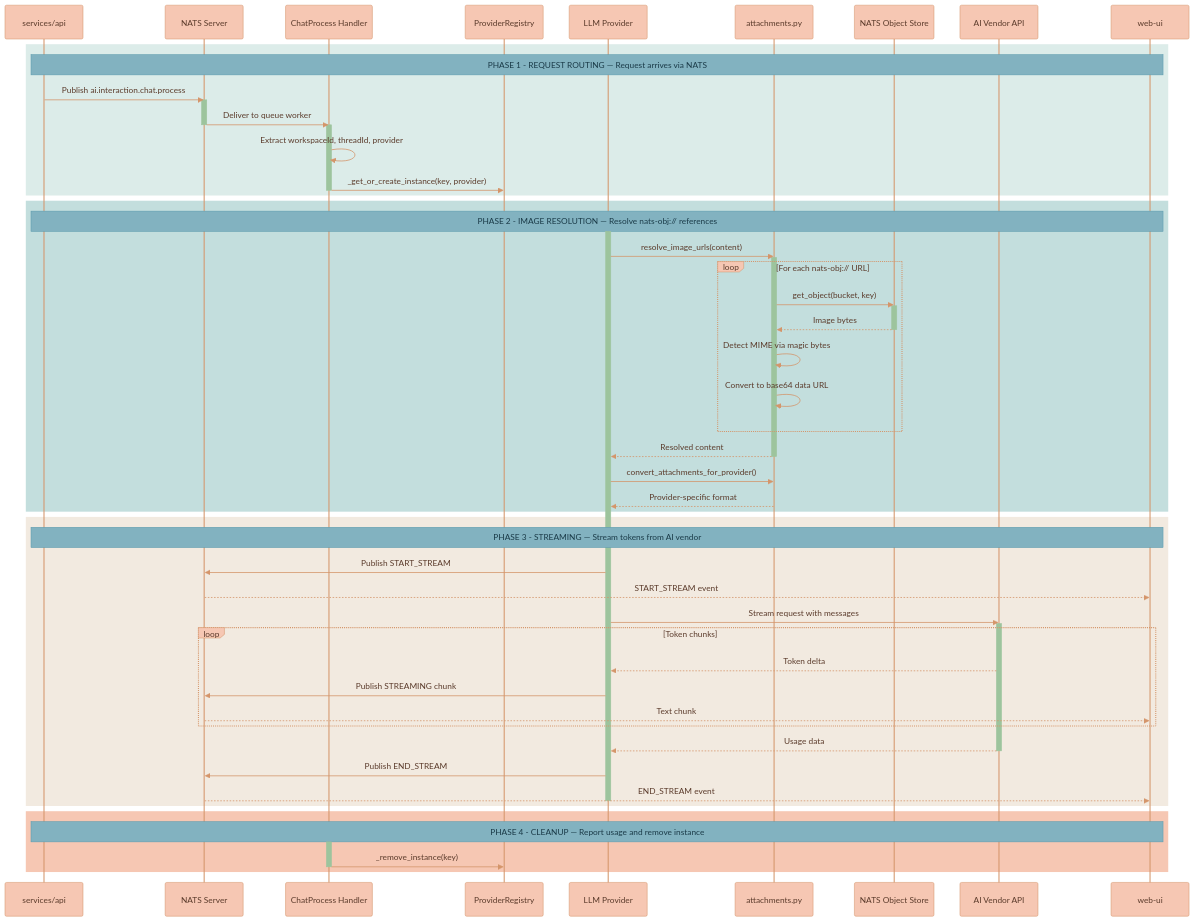
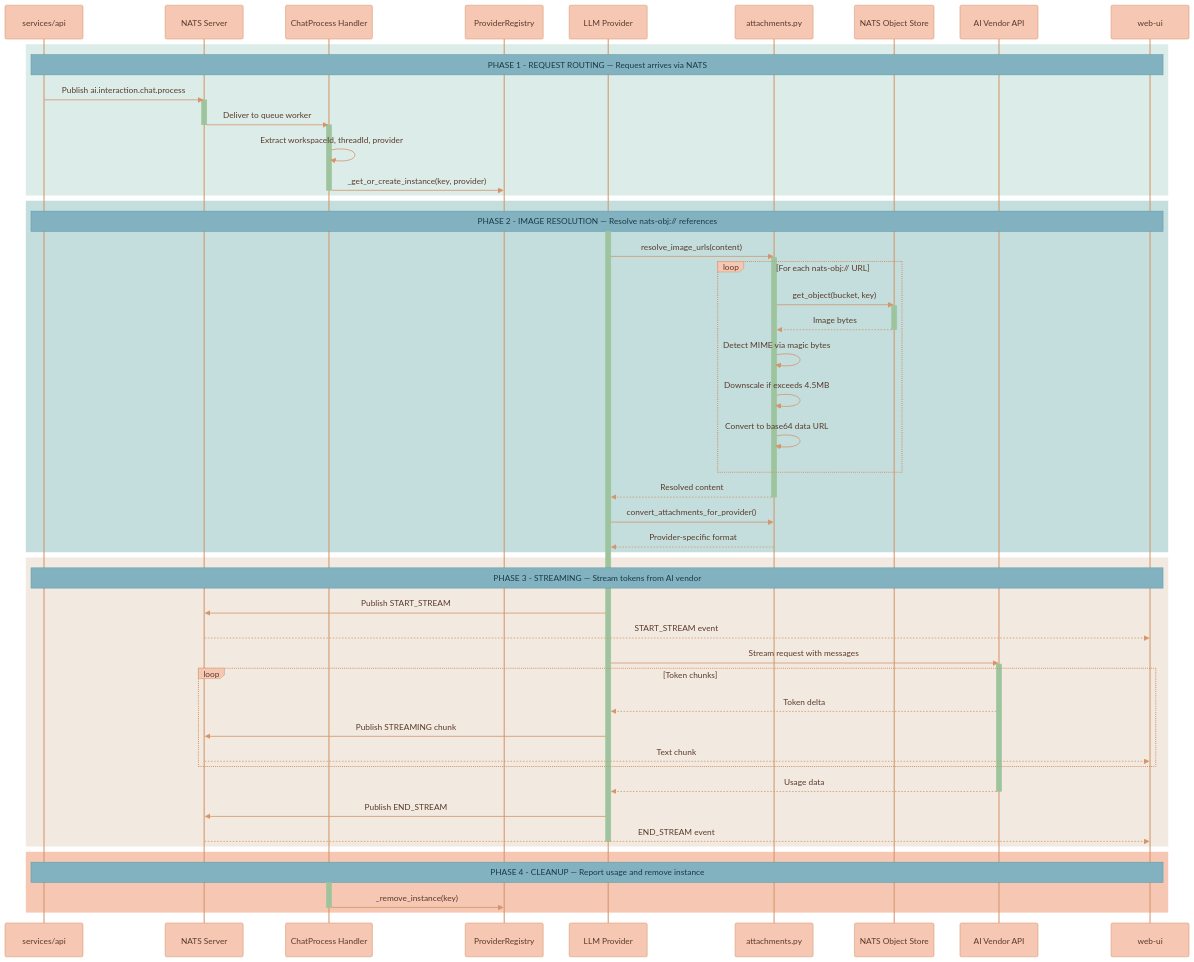
The second of 4 diagrams in services/llm-api/README.md (Lixpi/lixpi), drawn with Mermaid before and after one commit. The commit also changed other lines of this file and 11 other files, not shown here.

````diff
--- a/services/llm-api/README.md
+++ b/services/llm-api/README.md
@@ -87,81 +87,82 @@
 ```mermaid
 %%{init: {'theme': 'base', 'themeVariables': { 'noteBkgColor': '#82B2C0', 'noteTextColor': '#1a3a47', 'noteBorderColor': '#5a9aad', 'actorBkg': '#F6C7B3', 'actorBorder': '#d4956a', 'actorTextColor': '#5a3a2a', 'actorLineColor': '#d4956a', 'signalColor': '#d4956a', 'signalTextColor': '#5a3a2a', 'labelBoxBkgColor': '#F6C7B3', 'labelBoxBorderColor': '#d4956a', 'labelTextColor': '#5a3a2a', 'loopTextColor': '#5a3a2a', 'activationBorderColor': '#9DC49D', 'activationBkgColor': '#9DC49D', 'sequenceNumberColor': '#5a3a2a'}}}%%
 sequenceDiagram
     participant API as services/api
     participant NATS as NATS Server
     participant Handler as ChatProcess Handler
     participant Registry as ProviderRegistry
     participant Provider as LLM Provider
     participant Attachments as attachments.py
     participant ObjStore as NATS Object Store
     participant LLM as AI Vendor API
     participant WebUI as web-ui
 
     %% ═══════════════════════════════════════════════════════════════
     %% PHASE 1: REQUEST ROUTING
     %% ═══════════════════════════════════════════════════════════════
     rect rgb(220, 236, 233)
         Note over API, WebUI: PHASE 1 - REQUEST ROUTING — Request arrives via NATS
         API->>NATS: Publish ai.interaction.chat.process
         activate NATS
         NATS->>Handler: Deliver to queue worker
         deactivate NATS
         activate Handler
         Handler->>Handler: Extract workspaceId, threadId, provider
         Handler->>Registry: _get_or_create_instance(key, provider)
         deactivate Handler
     end
 
     %% ═══════════════════════════════════════════════════════════════
     %% PHASE 2: IMAGE RESOLUTION
     %% ═══════════════════════════════════════════════════════════════
     rect rgb(195, 222, 221)
         Note over API, WebUI: PHASE 2 - IMAGE RESOLUTION — Resolve nats-obj:// references
         activate Provider
         Provider->>Attachments: resolve_image_urls(content)
         activate Attachments
         loop For each nats-obj:// URL
             Attachments->>ObjStore: get_object(bucket, key)
             activate ObjStore
             ObjStore-->>Attachments: Image bytes
             deactivate ObjStore
             Attachments->>Attachments: Detect MIME via magic bytes
+            Attachments->>Attachments: Downscale if exceeds 4.5MB
             Attachments->>Attachments: Convert to base64 data URL
         end
         Attachments-->>Provider: Resolved content
         deactivate Attachments
         Provider->>Attachments: convert_attachments_for_provider()
         Attachments-->>Provider: Provider-specific format
     end
 
     %% ═══════════════════════════════════════════════════════════════
     %% PHASE 3: STREAMING
     %% ═══════════════════════════════════════════════════════════════
     rect rgb(242, 234, 224)
         Note over API, WebUI: PHASE 3 - STREAMING — Stream tokens from AI vendor
         Provider->>NATS: Publish START_STREAM
         NATS-->>WebUI: START_STREAM event
         Provider->>LLM: Stream request with messages
         activate LLM
         loop Token chunks
             LLM-->>Provider: Token delta
             Provider->>NATS: Publish STREAMING chunk
             NATS-->>WebUI: Text chunk
         end
         LLM-->>Provider: Usage data
         deactivate LLM
         Provider->>NATS: Publish END_STREAM
         NATS-->>WebUI: END_STREAM event
         deactivate Provider
     end
 
     %% ═══════════════════════════════════════════════════════════════
     %% PHASE 4: CLEANUP
     %% ═══════════════════════════════════════════════════════════════
     rect rgb(246, 199, 179)
         Note over API, WebUI: PHASE 4 - CLEANUP — Report usage and remove instance
         activate Handler
         Handler->>Registry: _remove_instance(key)
         deactivate Handler
     end
 ```
````
